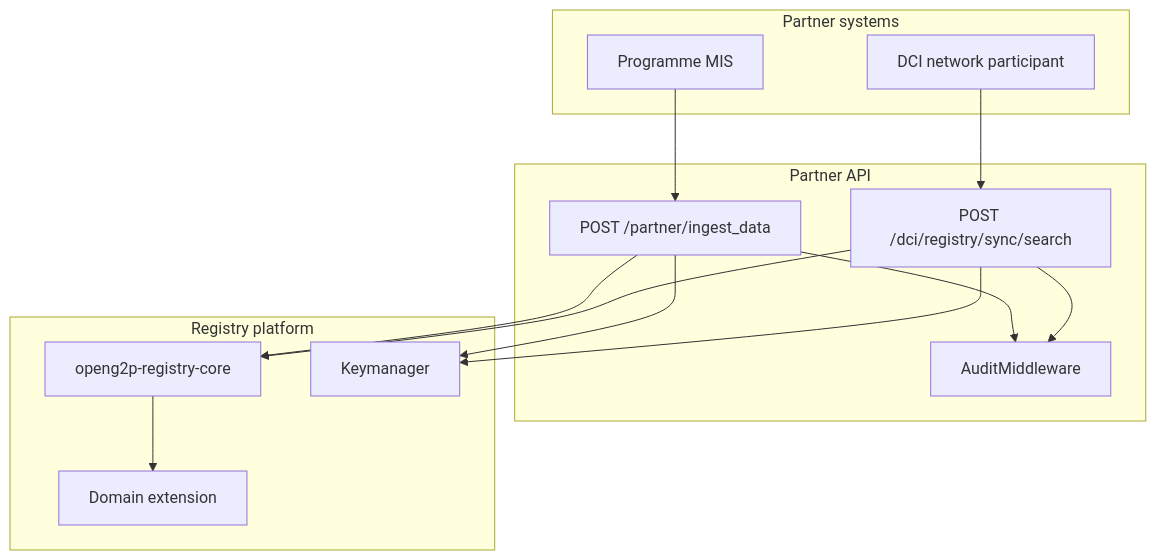
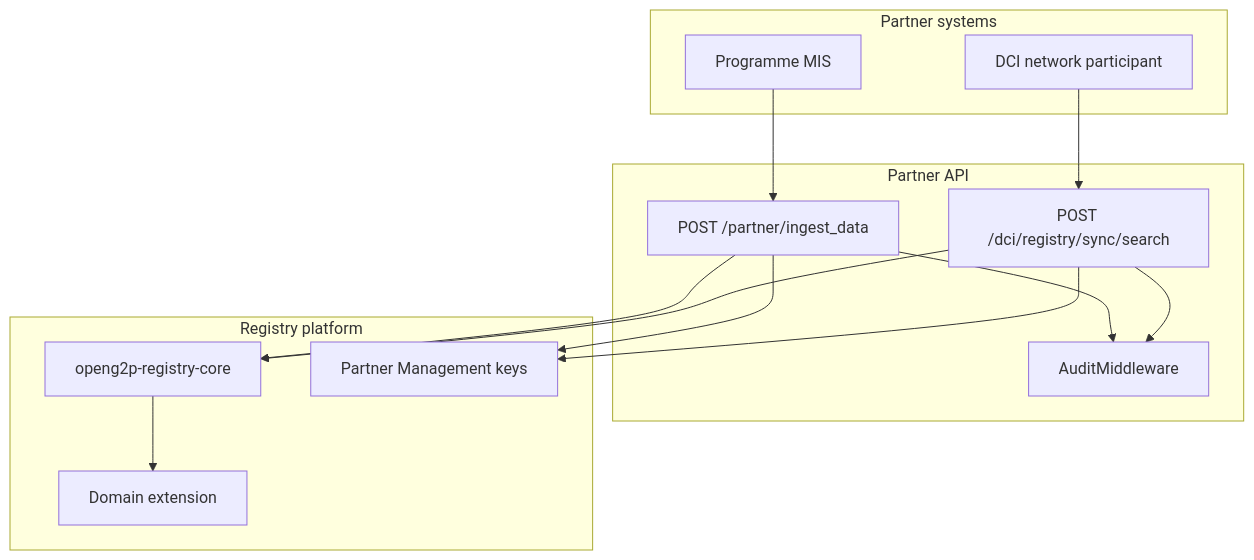
One commit to OpenG2P/openg2p-documentation changed the first of 3 diagrams in products/registry/registry/design/partner-apis.md. Above: the diagram before and after it, drawn with Mermaid. The commit also changed other lines of this file and 27 other files, not shown here.

Commit message:
G2P-5719 Open Agri Stack: Distributed Deployment Architecture — department installs plus one shared exchange tier for Open AgriNet, shared vs per-department components, consent and policy model across tiers (subset rule, receipt verification in registries), networking, operations, TODO; two diagrams

````diff
--- a/products/registry/registry/design/partner-apis.md
+++ b/products/registry/registry/design/partner-apis.md
@@ -24,29 +24,29 @@
 ```mermaid
 flowchart TB
     subgraph partners [Partner systems]
         P1[Programme MIS]
         P2[DCI network participant]
     end
 
     subgraph partner_api [Partner API]
         ING["POST /partner/ingest_data"]
         DCI["POST /dci/registry/sync/search"]
         AUD[AuditMiddleware]
     end
 
     subgraph platform [Registry platform]
         CORE[openg2p-registry-core]
         EXT[Domain extension]
-        KM[Keymanager]
+        KM[Partner Management keys]
     end
 
     P1 --> ING
     P2 --> DCI
     ING --> AUD
     DCI --> AUD
     ING --> CORE
     DCI --> CORE
     CORE --> EXT
     ING --> KM
     DCI --> KM
 ```
````
